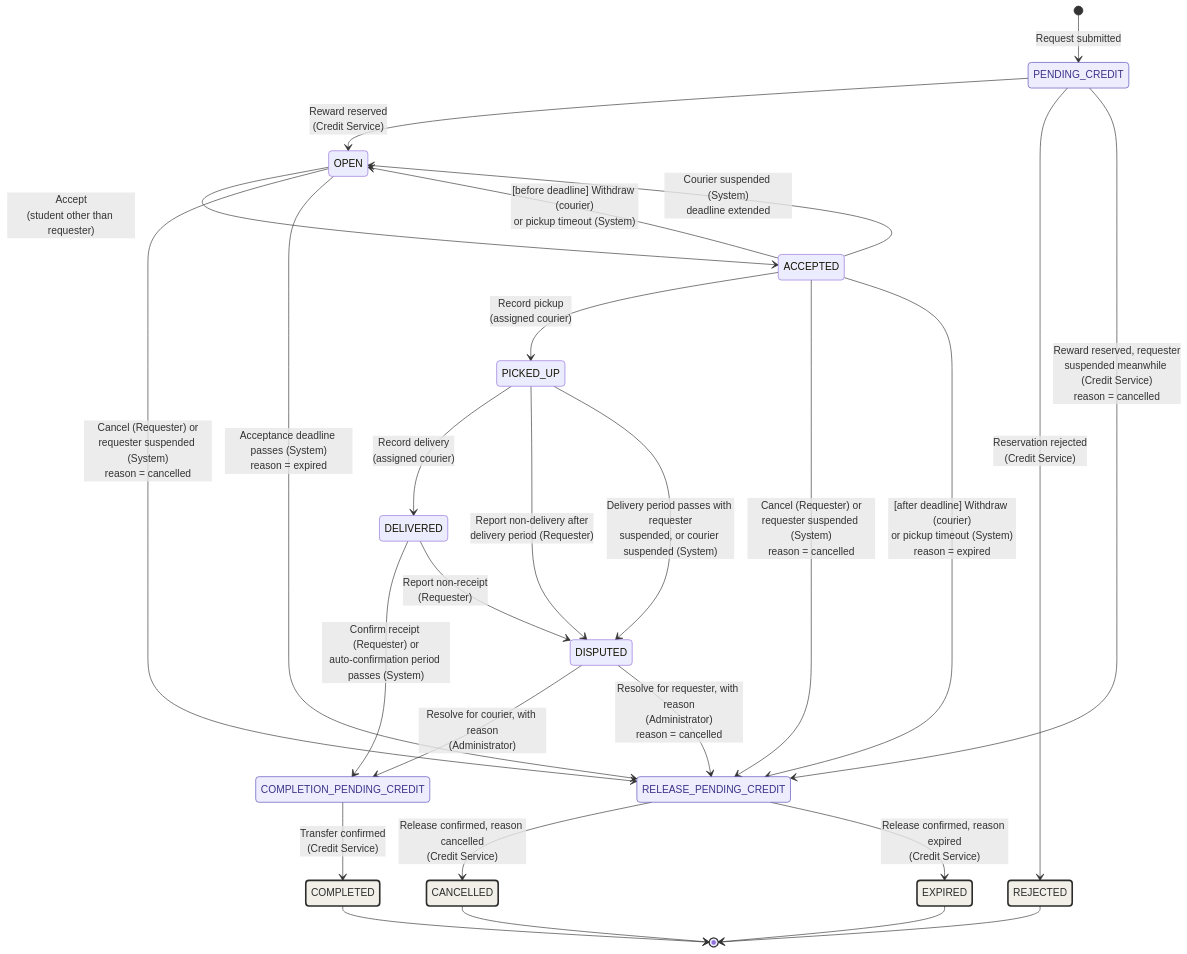
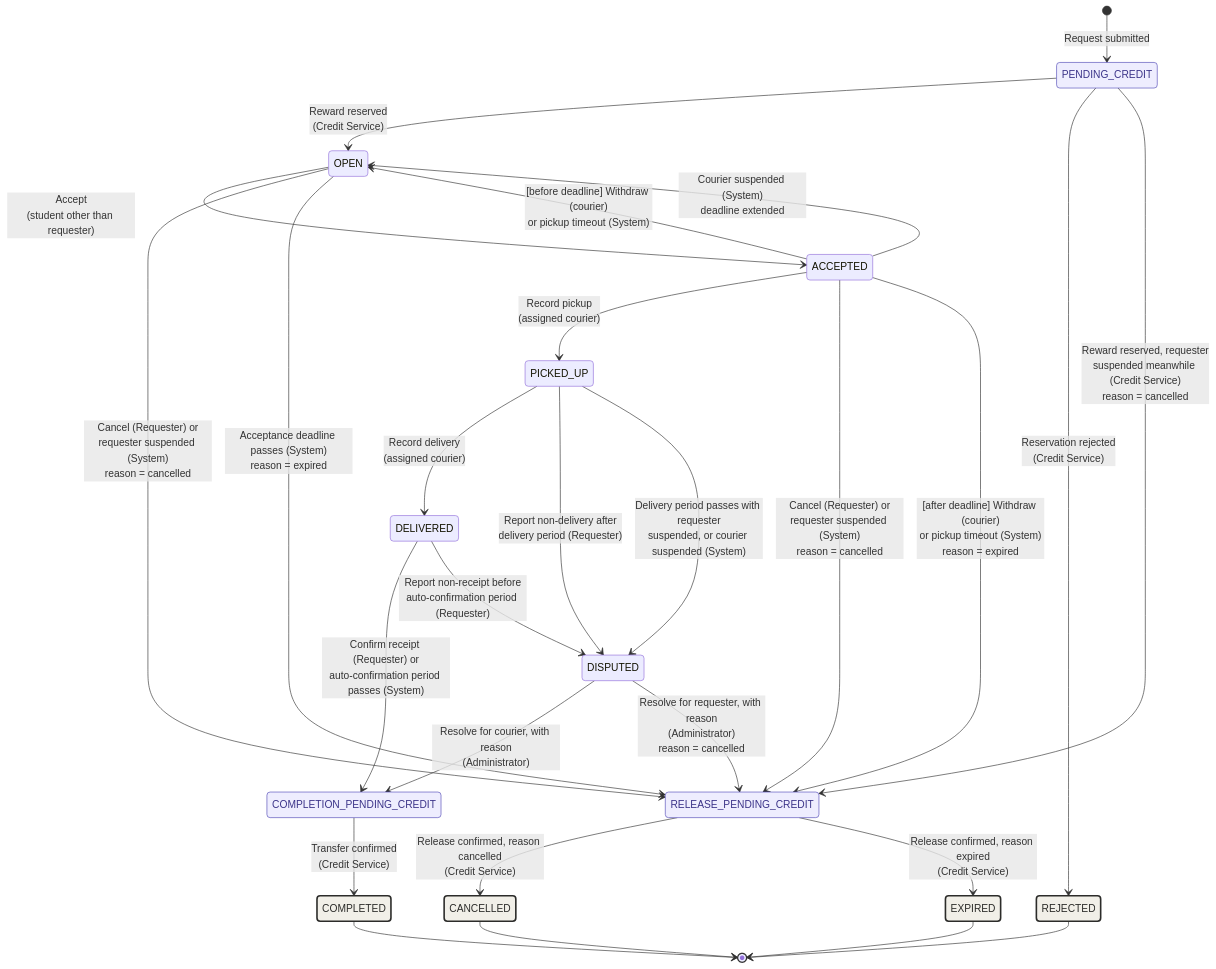
Before and after one commit to AY2627S1-CS3219-P30/foc-app: the diagram in order-service/README.md, drawn with Mermaid. The commit also changed other lines of this file and 1 other file, not shown here.

Commit message:
docs(order): document requester reports and auto-confirmation

````diff
--- a/order-service/README.md
+++ b/order-service/README.md
@@ -322,45 +349,45 @@
 ```mermaid
 stateDiagram-v2
   direction TB
 
   classDef credit fill:#EEEDFE,stroke:#534AB7,color:#3C3489
   classDef final fill:#F1EFE8,stroke:#2C2C2A,stroke-width:2.5px,color:#2C2C2A
 
   [*] --> PENDING_CREDIT : Request submitted
 
   PENDING_CREDIT --> OPEN : Reward reserved<br/>(Credit Service)
   PENDING_CREDIT --> REJECTED : Reservation rejected<br/>(Credit Service)
   PENDING_CREDIT --> RELEASE_PENDING_CREDIT : Reward reserved, requester<br/>suspended meanwhile (Credit Service)<br/>reason = cancelled
 
   OPEN --> ACCEPTED : Accept<br/>(student other than requester)
   OPEN --> RELEASE_PENDING_CREDIT : Cancel (Requester) or<br/>requester suspended (System)<br/>reason = cancelled
   OPEN --> RELEASE_PENDING_CREDIT : Acceptance deadline passes (System)<br/>reason = expired
 
   ACCEPTED --> PICKED_UP : Record pickup<br/>(assigned courier)
   ACCEPTED --> RELEASE_PENDING_CREDIT : Cancel (Requester) or<br/>requester suspended (System)<br/>reason = cancelled
   ACCEPTED --> OPEN : [before deadline] Withdraw (courier)<br/>or pickup timeout (System)
   ACCEPTED --> OPEN : Courier suspended (System)<br/>deadline extended
   ACCEPTED --> RELEASE_PENDING_CREDIT : [after deadline] Withdraw (courier)<br/>or pickup timeout (System)<br/>reason = expired
 
   PICKED_UP --> DELIVERED : Record delivery<br/>(assigned courier)
   PICKED_UP --> DISPUTED : Report non-delivery after<br/>delivery period (Requester)
   PICKED_UP --> DISPUTED : Delivery period passes with requester<br/>suspended, or courier suspended (System)
 
   DELIVERED --> COMPLETION_PENDING_CREDIT : Confirm receipt (Requester) or<br/>auto-confirmation period passes (System)
-  DELIVERED --> DISPUTED : Report non-receipt<br/>(Requester)
+  DELIVERED --> DISPUTED : Report non-receipt before<br/>auto-confirmation period (Requester)
 
   DISPUTED --> COMPLETION_PENDING_CREDIT : Resolve for courier, with reason<br/>(Administrator)
   DISPUTED --> RELEASE_PENDING_CREDIT : Resolve for requester, with reason<br/>(Administrator)<br/>reason = cancelled
 
   COMPLETION_PENDING_CREDIT --> COMPLETED : Transfer confirmed<br/>(Credit Service)
   RELEASE_PENDING_CREDIT --> CANCELLED : Release confirmed, reason cancelled<br/>(Credit Service)
   RELEASE_PENDING_CREDIT --> EXPIRED : Release confirmed, reason expired<br/>(Credit Service)
 
   REJECTED --> [*]
   COMPLETED --> [*]
   CANCELLED --> [*]
   EXPIRED --> [*]
 
   class PENDING_CREDIT,COMPLETION_PENDING_CREDIT,RELEASE_PENDING_CREDIT credit
   class REJECTED,COMPLETED,CANCELLED,EXPIRED final
 ```
````
